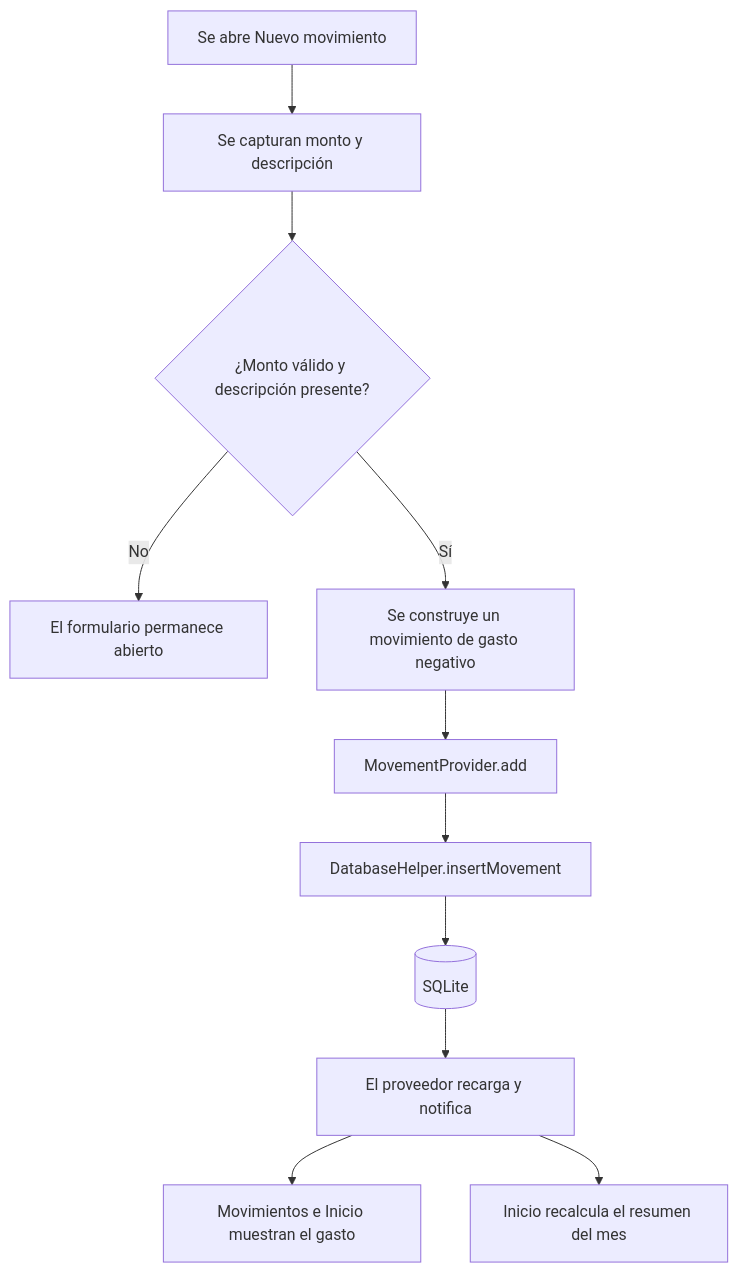
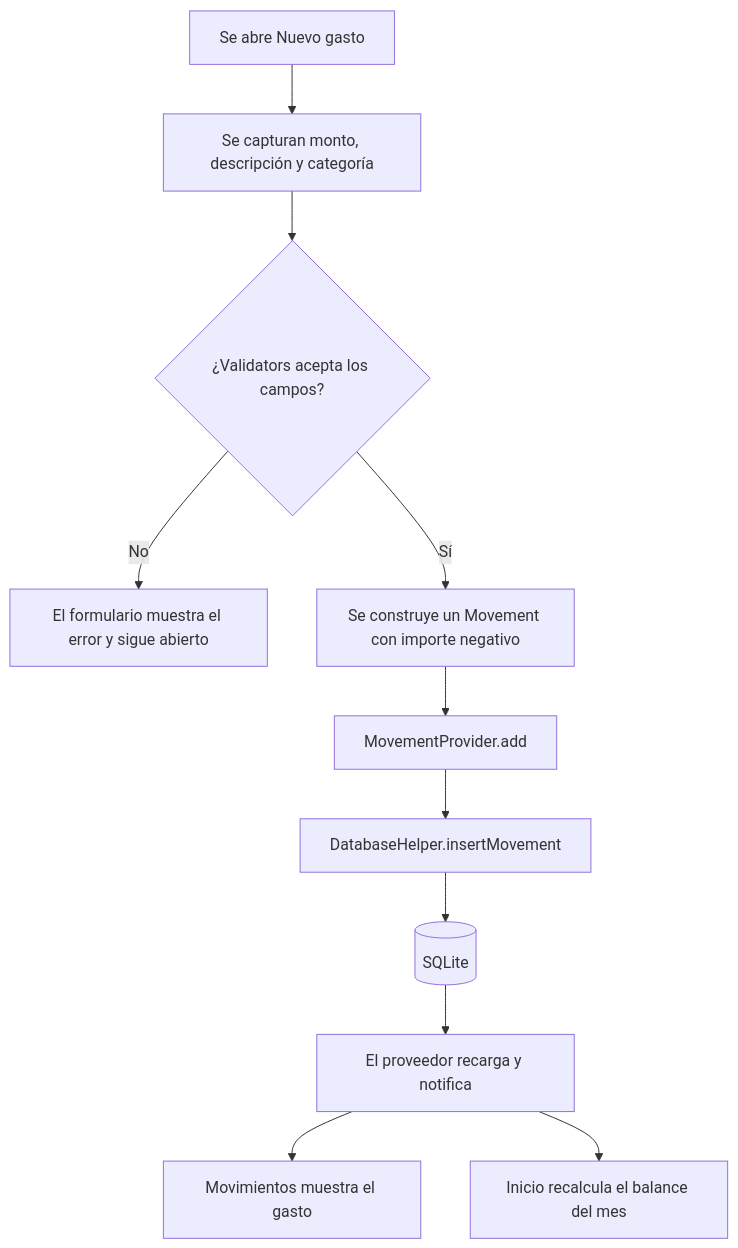
The second of 4 diagrams in docs/arquitectura.md (JanettheMillan/KoPay), drawn with Mermaid before and after one commit. The commit also changed other lines of this file, not shown here.

````diff
--- a/docs/arquitectura.md
+++ b/docs/arquitectura.md
@@ -52,13 +76,13 @@
 ```mermaid
 flowchart TD
-    A[Se abre Nuevo movimiento] --> B[Se capturan monto y descripción]
-    B --> C{¿Monto válido y descripción presente?}
-    C -- No --> D[El formulario permanece abierto]
-    C -- Sí --> E[Se construye un movimiento de gasto negativo]
+    A[Se abre Nuevo gasto] --> B[Se capturan monto, descripción y categoría]
+    B --> C{¿Validators acepta los campos?}
+    C -- No --> D[El formulario muestra el error y sigue abierto]
+    C -- Sí --> E[Se construye un Movement con importe negativo]
     E --> F[MovementProvider.add]
     F --> G[DatabaseHelper.insertMovement]
     G --> H[(SQLite)]
     H --> I[El proveedor recarga y notifica]
-    I --> J[Movimientos e Inicio muestran el gasto]
-    I --> K[Inicio recalcula el resumen del mes]
+    I --> J[Movimientos muestra el gasto]
+    I --> K[Inicio recalcula el balance del mes]
 ```
````
